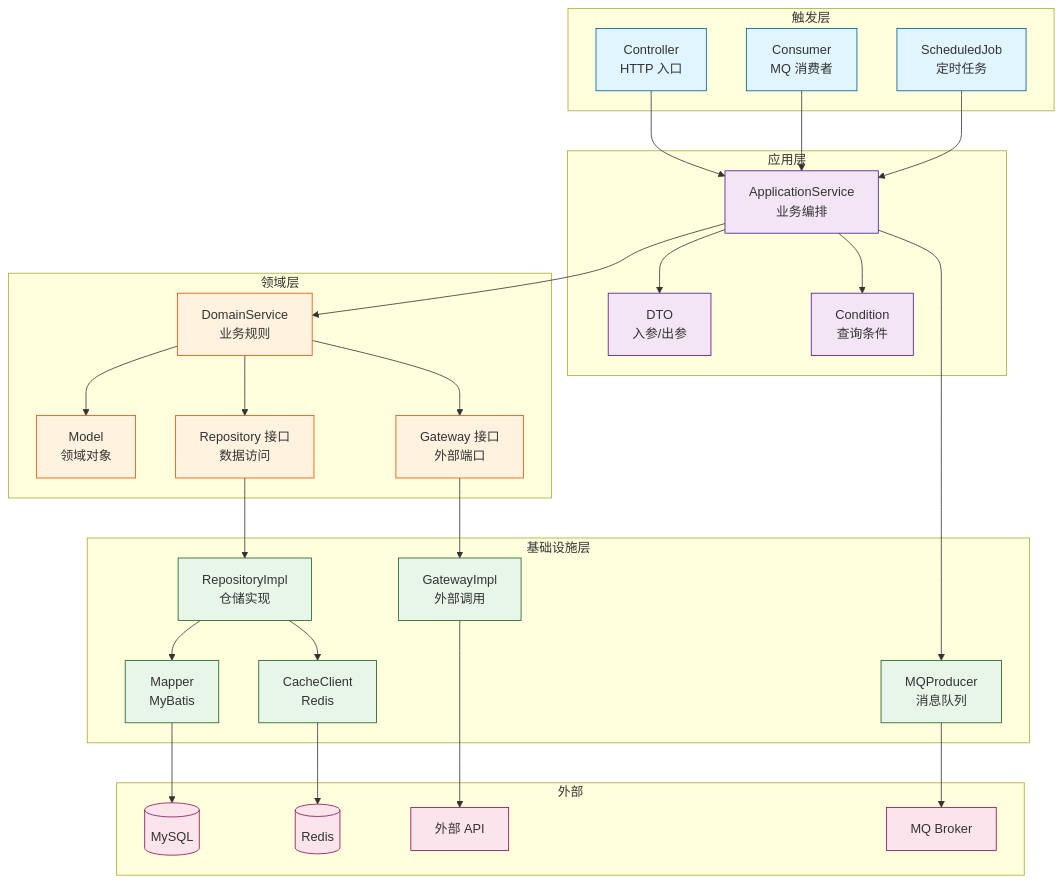
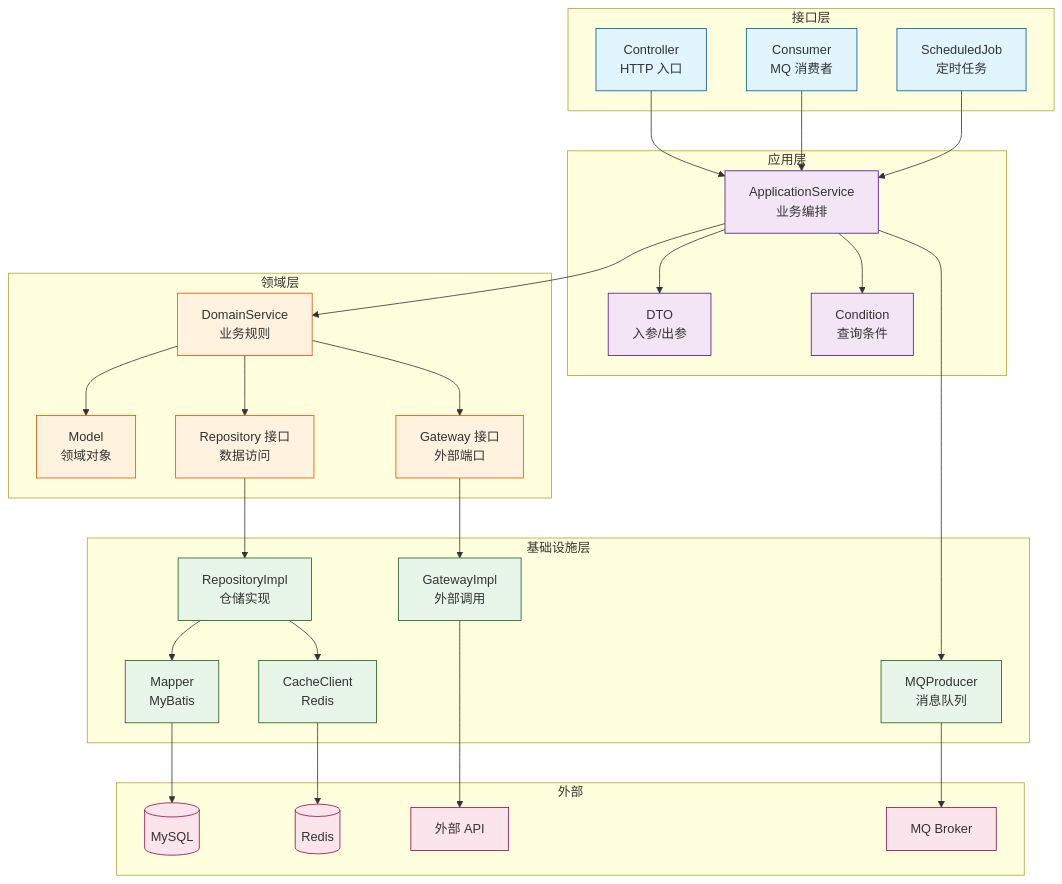
Before and after one commit to Emtemf/oh-help-me: the first of 11 diagrams in docs/clean-architecture-guide.md, drawn with Mermaid. The commit also changed other lines of this file, not shown here.

````diff
--- a/docs/clean-architecture-guide.md
+++ b/docs/clean-architecture-guide.md
@@ -7,75 +7,75 @@
 ```mermaid
 graph TB
-    subgraph 触发层
+    subgraph 接口层
         A[Controller<br/>HTTP 入口]
         B[Consumer<br/>MQ 消费者]
         C[ScheduledJob<br/>定时任务]
     end
 
     subgraph 应用层
         D[ApplicationService<br/>业务编排]
         E[DTO<br/>入参/出参]
         F[Condition<br/>查询条件]
     end
 
     subgraph 领域层
         G[DomainService<br/>业务规则]
         H[Model<br/>领域对象]
         I[Repository 接口<br/>数据访问]
         J[Gateway 接口<br/>外部端口]
     end
 
     subgraph 基础设施层
         K[RepositoryImpl<br/>仓储实现]
         L[Mapper<br/>MyBatis]
         M[CacheClient<br/>Redis]
         N[MQProducer<br/>消息队列]
         O[GatewayImpl<br/>外部调用]
     end
 
     subgraph 外部
         P[(MySQL)]
         Q[(Redis)]
         R[外部 API]
         S[MQ Broker]
     end
 
     A --> D
     B --> D
     C --> D
     D --> E
     D --> F
     D --> G
     G --> H
     G --> I
     G --> J
     I --> K
     J --> O
     K --> L
     K --> M
     D --> N
     L --> P
     M --> Q
     O --> R
     N --> S
 
     style A fill:#e1f5fe,stroke:#01579b
     style B fill:#e1f5fe,stroke:#01579b
     style C fill:#e1f5fe,stroke:#01579b
     style D fill:#f3e5f5,stroke:#4a148c
     style E fill:#f3e5f5,stroke:#4a148c
     style F fill:#f3e5f5,stroke:#4a148c
     style G fill:#fff3e0,stroke:#e65100
     style H fill:#fff3e0,stroke:#e65100
     style I fill:#fff3e0,stroke:#e65100
     style J fill:#fff3e0,stroke:#e65100
     style K fill:#e8f5e9,stroke:#1b5e20
     style L fill:#e8f5e9,stroke:#1b5e20
     style M fill:#e8f5e9,stroke:#1b5e20
     style N fill:#e8f5e9,stroke:#1b5e20
     style O fill:#e8f5e9,stroke:#1b5e20
     style P fill:#fce4ec,stroke:#880e4f
     style Q fill:#fce4ec,stroke:#880e4f
     style R fill:#fce4ec,stroke:#880e4f
     style S fill:#fce4ec,stroke:#880e4f
 ```
````
